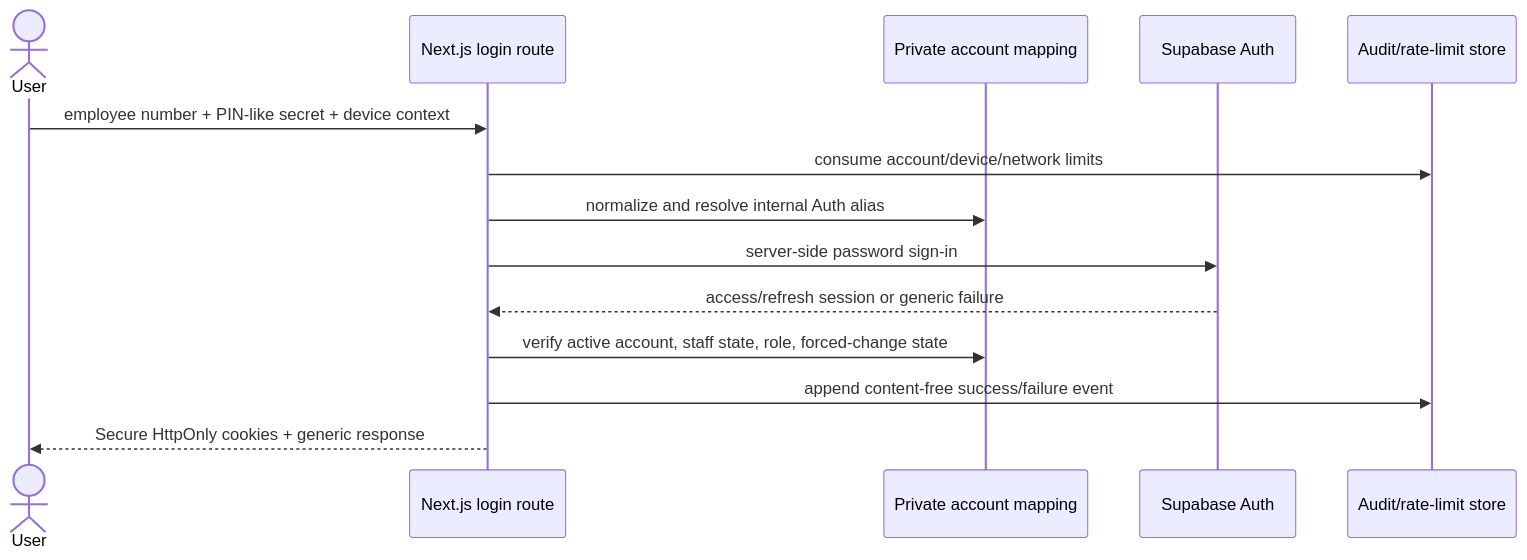
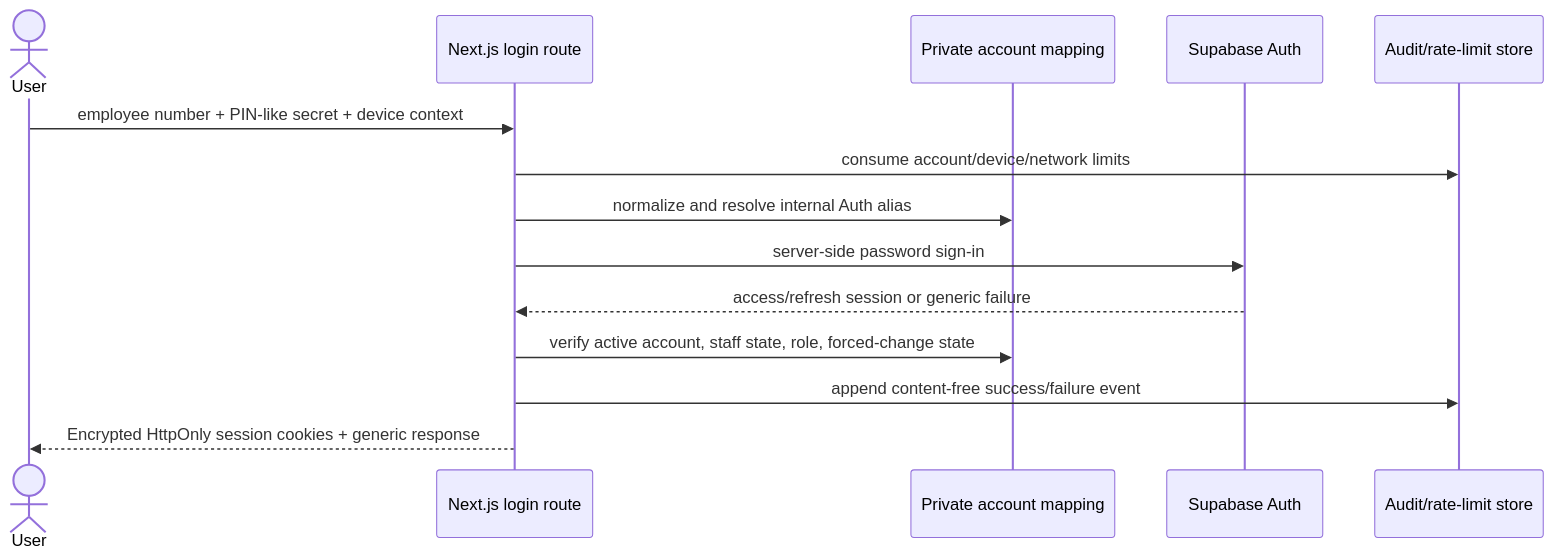
Before and after one commit to justinpeterman-droid/guided-operations: the first of 3 diagrams in docs/architecture/data-flows.md, drawn with Mermaid. The commit also changed other lines of this file and 41 other files, not shown here.

````diff
--- a/docs/architecture/data-flows.md
+++ b/docs/architecture/data-flows.md
@@ -11,17 +11,17 @@
 ```mermaid
 sequenceDiagram
   actor U as User
   participant N as Next.js login route
   participant D as Private account mapping
   participant A as Supabase Auth
   participant AU as Audit/rate-limit store
 
   U->>N: employee number + PIN-like secret + device context
   N->>AU: consume account/device/network limits
   N->>D: normalize and resolve internal Auth alias
   N->>A: server-side password sign-in
   A-->>N: access/refresh session or generic failure
   N->>D: verify active account, staff state, role, forced-change state
   N->>AU: append content-free success/failure event
-  N-->>U: Secure HttpOnly cookies + generic response
+  N-->>U: Encrypted HttpOnly session cookies + generic response
 ```
````
